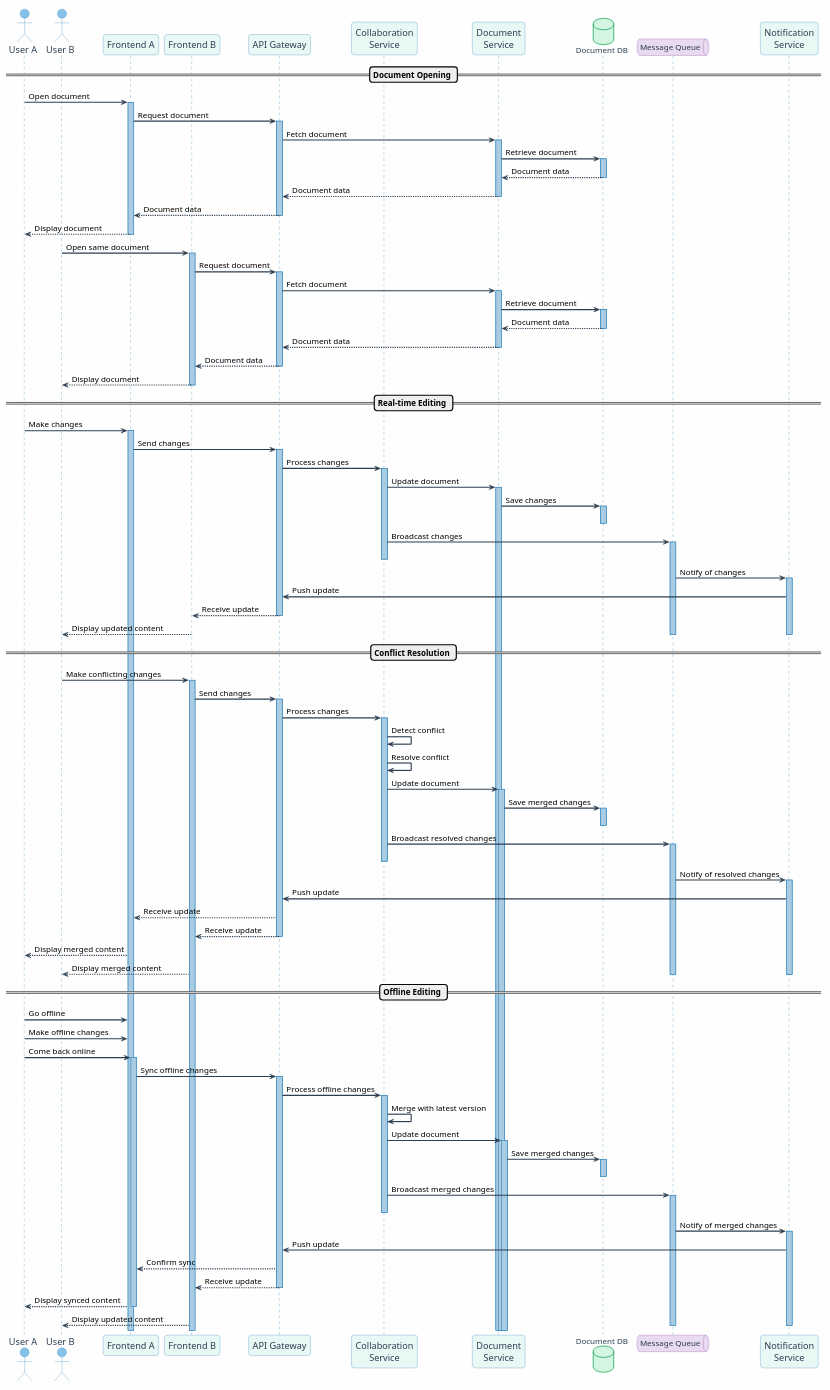
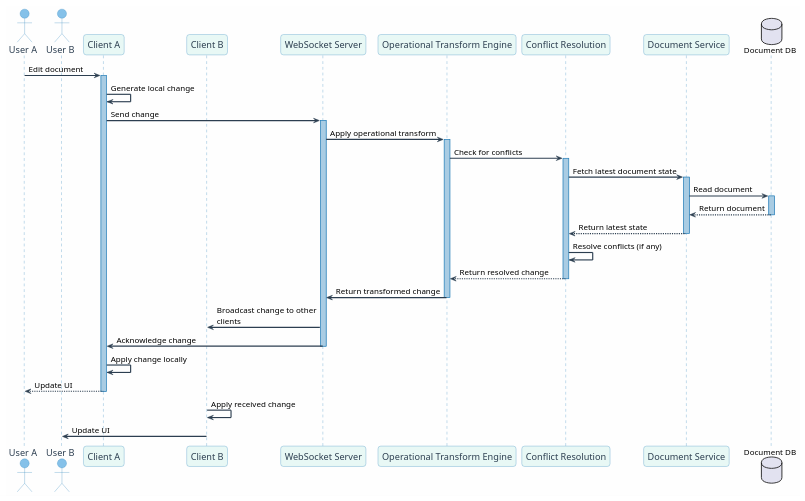
The diagram in google_docs_architecture/real_time_collaborative_editing_flow.puml (huangyingw/system_design), drawn with PlantUML before and after one commit.

```diff
--- a/google_docs_architecture/real_time_collaborative_editing_flow.puml
+++ b/google_docs_architecture/real_time_collaborative_editing_flow.puml
@@ -1,174 +1,83 @@
 @startuml Real-time Collaborative Editing Flow
 
 skinparam backgroundColor #FEFEFE
 skinparam handwritten false
 skinparam monochrome false
 skinparam shadowing false
 skinparam defaultFontName Arial
 skinparam defaultFontSize 14
 skinparam sequenceArrowThickness 2
 skinparam roundcorner 10
 skinparam maxMessageSize 200
 
 skinparam sequence {
     ArrowColor #2C3E50
     ActorBorderColor #2980B9
     LifeLineBorderColor #2980B9
     LifeLineBackgroundColor #A9CCE3
     
     ParticipantBorderColor #2980B9
     ParticipantBackgroundColor #E8F8F5
     ParticipantFontName Arial
     ParticipantFontSize 16
     ParticipantFontColor #2C3E50
     
     ActorBackgroundColor #85C1E9
     ActorFontColor #2C3E50
     ActorFontSize 16
     ActorFontName Arial
 }
 
-skinparam database {
-    BorderColor #27AE60
-    BackgroundColor #D5F5E3
-    FontColor #2C3E50
-}
+actor "User A" as UserA
+actor "User B" as UserB
+participant "Client A" as ClientA
+participant "Client B" as ClientB
+participant "WebSocket Server" as WSS
+participant "Operational Transform Engine" as OTE
+participant "Conflict Resolution" as CR
+participant "Document Service" as DS
+database "Document DB" as DB
 
-skinparam queue {
-    BorderColor #8E44AD
-    BackgroundColor #E8DAEF
-    FontColor #2C3E50
-}
+UserA -> ClientA: Edit document
+activate ClientA
 
-actor "User A" as UserA #85C1E9
-actor "User B" as UserB #85C1E9
-participant "Frontend A" as FrontendA
-participant "Frontend B" as FrontendB
-participant "API Gateway" as Gateway
-participant "Collaboration\nService" as CollabService
-participant "Document\nService" as DocService
-database "Document DB" as DocDB
-queue "Message Queue" as MQ
-participant "Notification\nService" as NotifyService
+ClientA -> ClientA: Generate local change
+ClientA -> WSS: Send change
+activate WSS
 
-== Document Opening ==
-UserA -> FrontendA: Open document
-activate FrontendA
-FrontendA -> Gateway: Request document
-activate Gateway
-Gateway -> DocService: Fetch document
-activate DocService
-DocService -> DocDB: Retrieve document
-activate DocDB
-DocDB --> DocService: Document data
-deactivate DocDB
-DocService --> Gateway: Document data
-deactivate DocService
-Gateway --> FrontendA: Document data
-deactivate Gateway
-FrontendA --> UserA: Display document
-deactivate FrontendA
+WSS -> OTE: Apply operational transform
+activate OTE
 
-UserB -> FrontendB: Open same document
-activate FrontendB
-FrontendB -> Gateway: Request document
-activate Gateway
-Gateway -> DocService: Fetch document
-activate DocService
-DocService -> DocDB: Retrieve document
-activate DocDB
-DocDB --> DocService: Document data
-deactivate DocDB
-DocService --> Gateway: Document data
-deactivate DocService
-Gateway --> FrontendB: Document data
-deactivate Gateway
-FrontendB --> UserB: Display document
-deactivate FrontendB
+OTE -> CR: Check for conflicts
+activate CR
 
-== Real-time Editing ==
-UserA -> FrontendA: Make changes
-activate FrontendA
-FrontendA -> Gateway: Send changes
-activate Gateway
-Gateway -> CollabService: Process changes
-activate CollabService
-CollabService -> DocService: Update document
-activate DocService
-DocService -> DocDB: Save changes
-activate DocDB
-deactivate DocDB
-CollabService -> MQ: Broadcast changes
-activate MQ
-deactivate CollabService
+CR -> DS: Fetch latest document state
+activate DS
 
-MQ -> NotifyService: Notify of changes
-activate NotifyService
-NotifyService -> Gateway: Push update
-Gateway --> FrontendB: Receive update
-deactivate Gateway
-FrontendB --> UserB: Display updated content
-deactivate NotifyService
-deactivate MQ
+DS -> DB: Read document
+activate DB
+DB --> DS: Return document
+deactivate DB
 
-== Conflict Resolution ==
-UserB -> FrontendB: Make conflicting changes
-activate FrontendB
-FrontendB -> Gateway: Send changes
-activate Gateway
-Gateway -> CollabService: Process changes
-activate CollabService
-CollabService -> CollabService: Detect conflict
-CollabService -> CollabService: Resolve conflict
-CollabService -> DocService: Update document
-activate DocService
-DocService -> DocDB: Save merged changes
-activate DocDB
-deactivate DocDB
-CollabService -> MQ: Broadcast resolved changes
-activate MQ
-deactivate CollabService
+DS --> CR: Return latest state
+deactivate DS
 
-MQ -> NotifyService: Notify of resolved changes
-activate NotifyService
-NotifyService -> Gateway: Push update
-Gateway --> FrontendA: Receive update
-Gateway --> FrontendB: Receive update
-deactivate Gateway
-FrontendA --> UserA: Display merged content
-FrontendB --> UserB: Display merged content
-deactivate NotifyService
-deactivate MQ
+CR -> CR: Resolve conflicts (if any)
+CR --> OTE: Return resolved change
+deactivate CR
 
-== Offline Editing ==
-UserA -> FrontendA: Go offline
-UserA -> FrontendA: Make offline changes
-UserA -> FrontendA: Come back online
-activate FrontendA
-FrontendA -> Gateway: Sync offline changes
-activate Gateway
-Gateway -> CollabService: Process offline changes
-activate CollabService
-CollabService -> CollabService: Merge with latest version
-CollabService -> DocService: Update document
-activate DocService
-DocService -> DocDB: Save merged changes
-activate DocDB
-deactivate DocDB
-CollabService -> MQ: Broadcast merged changes
-activate MQ
-deactivate CollabService
+OTE -> WSS: Return transformed change
+deactivate OTE
 
-MQ -> NotifyService: Notify of merged changes
-activate NotifyService
-NotifyService -> Gateway: Push update
-Gateway --> FrontendA: Confirm sync
-Gateway --> FrontendB: Receive update
-deactivate Gateway
-FrontendA --> UserA: Display synced content
-deactivate FrontendA
-FrontendB --> UserB: Display updated content
-deactivate NotifyService
-deactivate MQ
+WSS -> ClientB: Broadcast change to other clients
+WSS -> ClientA: Acknowledge change
+deactivate WSS
+
+ClientA -> ClientA: Apply change locally
+ClientA --> UserA: Update UI
+deactivate ClientA
+
+ClientB -> ClientB: Apply received change
+ClientB -> UserB: Update UI
 
 @enduml
```
